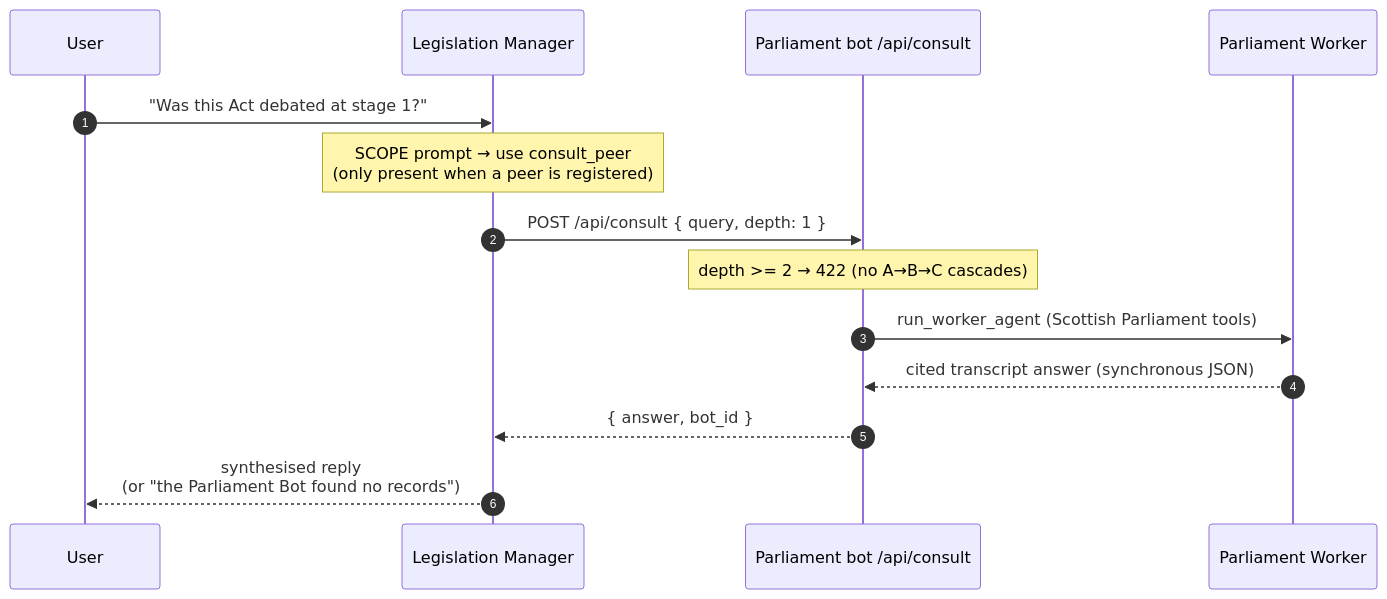
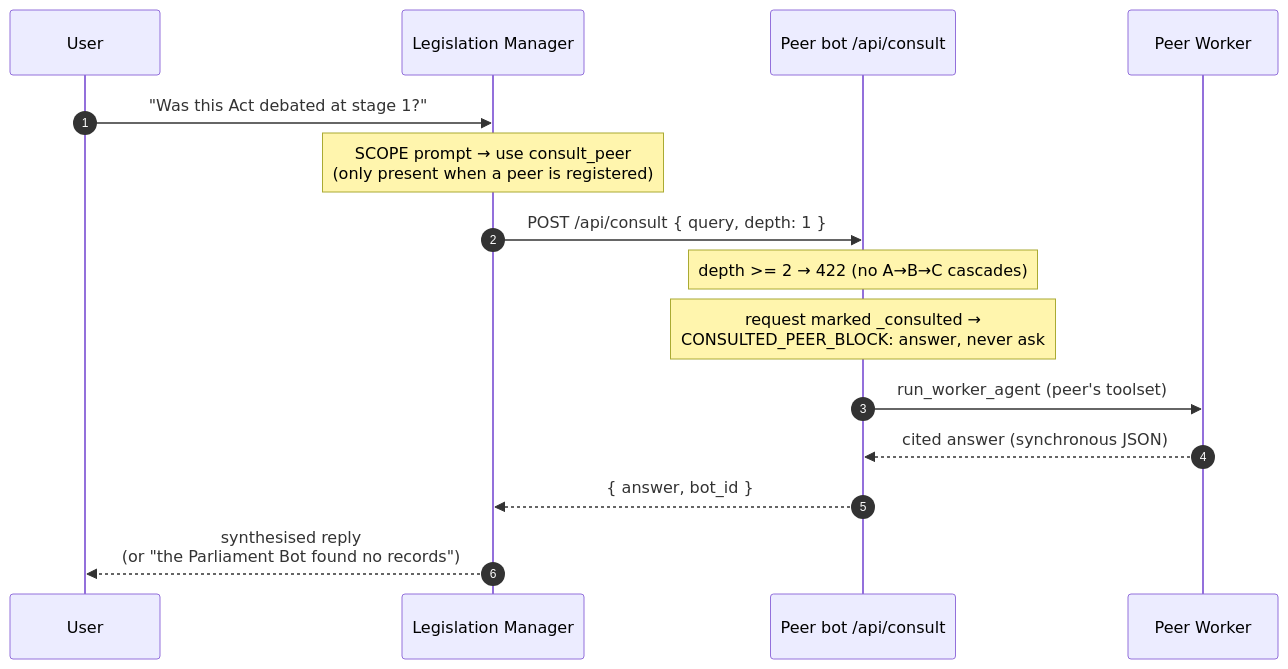
Before and after one commit to delphium226/LexChat: the ninth of 14 diagrams in docs/ARCHITECTURE.md, drawn with Mermaid. The commit also changed other lines of this file and 2 other files, not shown here.

First line of the commit message:
@ docs: refresh README/ARCHITECTURE for the multi-bot fleet, add plain-English overview

````diff
--- a/docs/ARCHITECTURE.md
+++ b/docs/ARCHITECTURE.md
@@ -290,17 +499,18 @@
 ```mermaid
 sequenceDiagram
     autonumber
     participant U as User
     participant LM as Legislation Manager
-    participant PB as Parliament bot /api/consult
-    participant PW as Parliament Worker
+    participant PB as Peer bot /api/consult
+    participant PW as Peer Worker
 
     U->>LM: "Was this Act debated at stage 1?"
     Note over LM: SCOPE prompt → use consult_peer<br/>(only present when a peer is registered)
     LM->>PB: POST /api/consult { query, depth: 1 }
     Note over PB: depth >= 2 → 422 (no A→B→C cascades)
-    PB->>PW: run_worker_agent (Scottish Parliament tools)
-    PW-->>PB: cited transcript answer (synchronous JSON)
+    Note over PB: request marked _consulted →<br/>CONSULTED_PEER_BLOCK: answer, never ask
+    PB->>PW: run_worker_agent (peer's toolset)
+    PW-->>PB: cited answer (synchronous JSON)
     PB-->>LM: { answer, bot_id }
     LM-->>U: synthesised reply<br/>(or "the Parliament Bot found no records")
 ```
````
